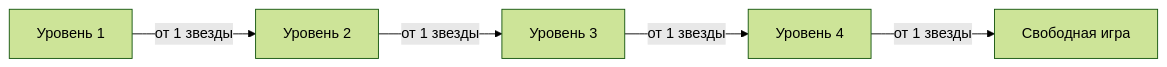
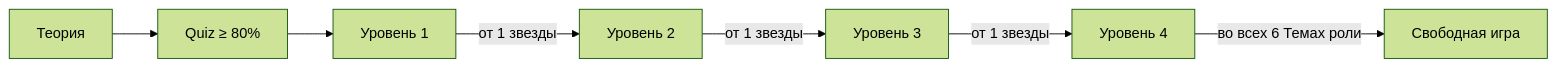
The diagram in docs/01-current-state/game-design.md (Codiki-lab/anti-scam-trainer), drawn with Mermaid (forest theme) before and after one commit. The commit also changed other lines of this file and 52 other files, not shown here.

````diff
--- a/docs/01-current-state/game-design.md
+++ b/docs/01-current-state/game-design.md
@@ -9,7 +9,9 @@
 ```mermaid
 flowchart LR
-    L1["Уровень 1"] -->|"от 1 звезды"| L2["Уровень 2"]
+    Theory["Теория"] --> Quiz["Quiz ≥ 80%"]
+    Quiz --> L1["Уровень 1"]
+    L1 -->|"от 1 звезды"| L2["Уровень 2"]
     L2 -->|"от 1 звезды"| L3["Уровень 3"]
     L3 -->|"от 1 звезды"| L4["Уровень 4"]
-    L4 -->|"от 1 звезды"| Free["Свободная игра"]
+    L4 -->|"во всех 6 Темах роли"| Free["Свободная игра"]
 ```
````
